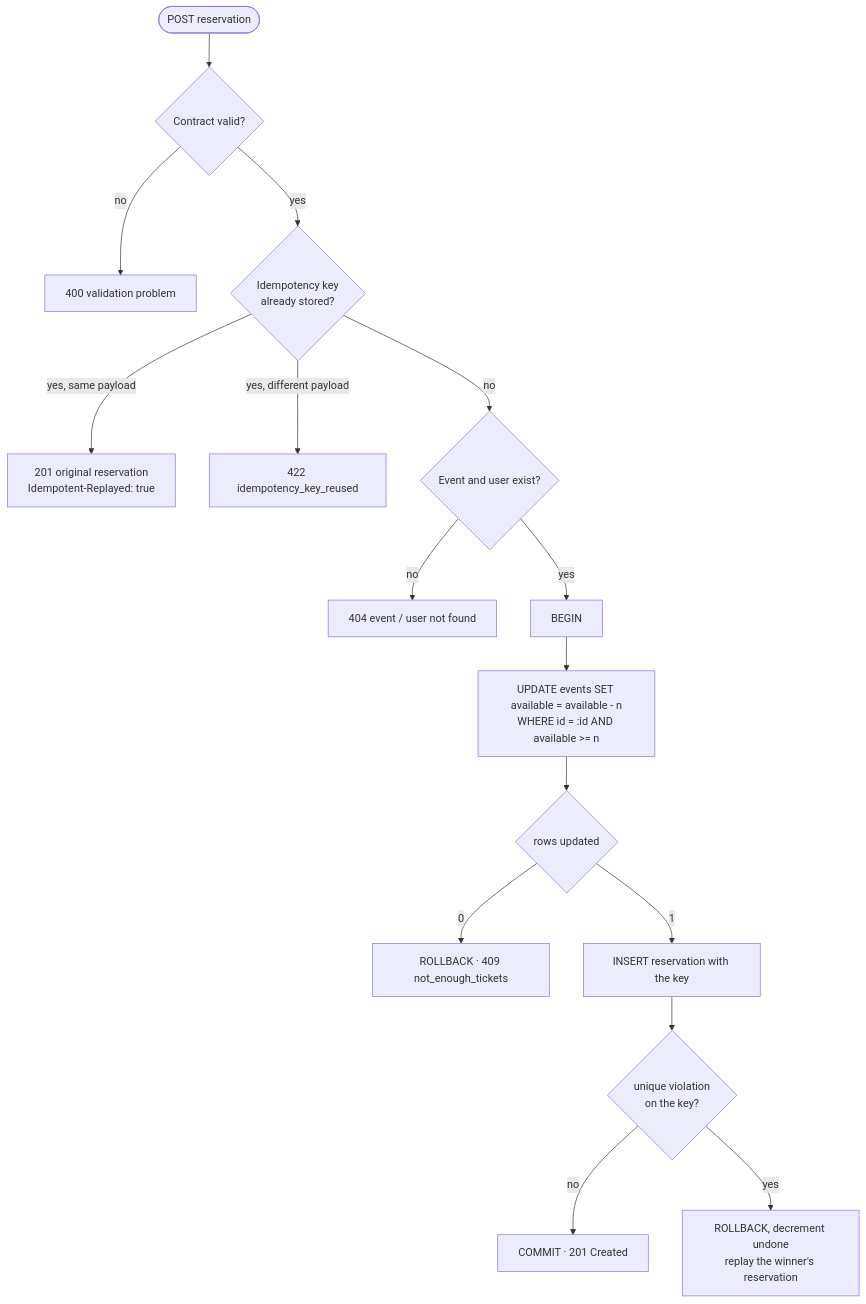
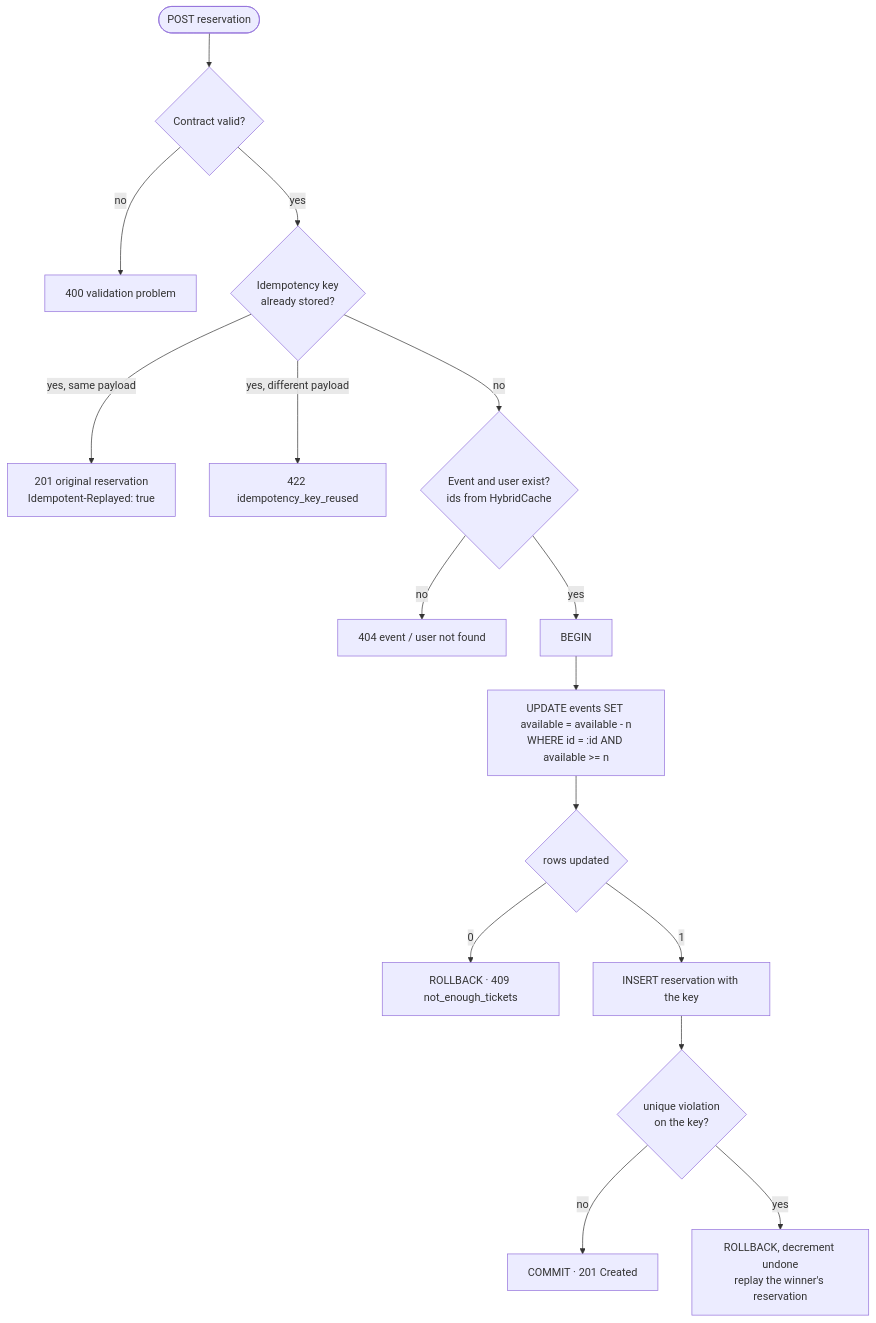
Before and after one commit to juanfernandez03/funevents-ticketing: the second of 2 diagrams in docs/implementation-plan.md, drawn with Mermaid. The commit also changed other lines of this file and 4 other files, not shown here.

````diff
--- a/docs/implementation-plan.md
+++ b/docs/implementation-plan.md
@@ -166,18 +168,18 @@
 ```mermaid
 flowchart TD
     start([POST reservation]) --> valid{Contract valid?}
     valid -- no --> e400[400 validation problem]
     valid -- yes --> key{Idempotency key<br/>already stored?}
     key -- "yes, same payload" --> replay[201 original reservation<br/>Idempotent-Replayed: true]
     key -- "yes, different payload" --> e422[422 idempotency_key_reused]
-    key -- no --> lookup{Event and user exist?}
+    key -- no --> lookup{Event and user exist?<br/>ids from HybridCache}
     lookup -- no --> e404[404 event / user not found]
     lookup -- yes --> tx[BEGIN]
     tx --> update["UPDATE events SET available = available - n<br/>WHERE id = :id AND available >= n"]
     update --> rows{rows updated}
     rows -- 0 --> e409[ROLLBACK · 409 not_enough_tickets]
     rows -- 1 --> insert[INSERT reservation with the key]
     insert --> unique{unique violation<br/>on the key?}
     unique -- no --> commit[COMMIT · 201 Created]
     unique -- yes --> race[ROLLBACK, decrement undone<br/>replay the winner's reservation]
 ```
````
